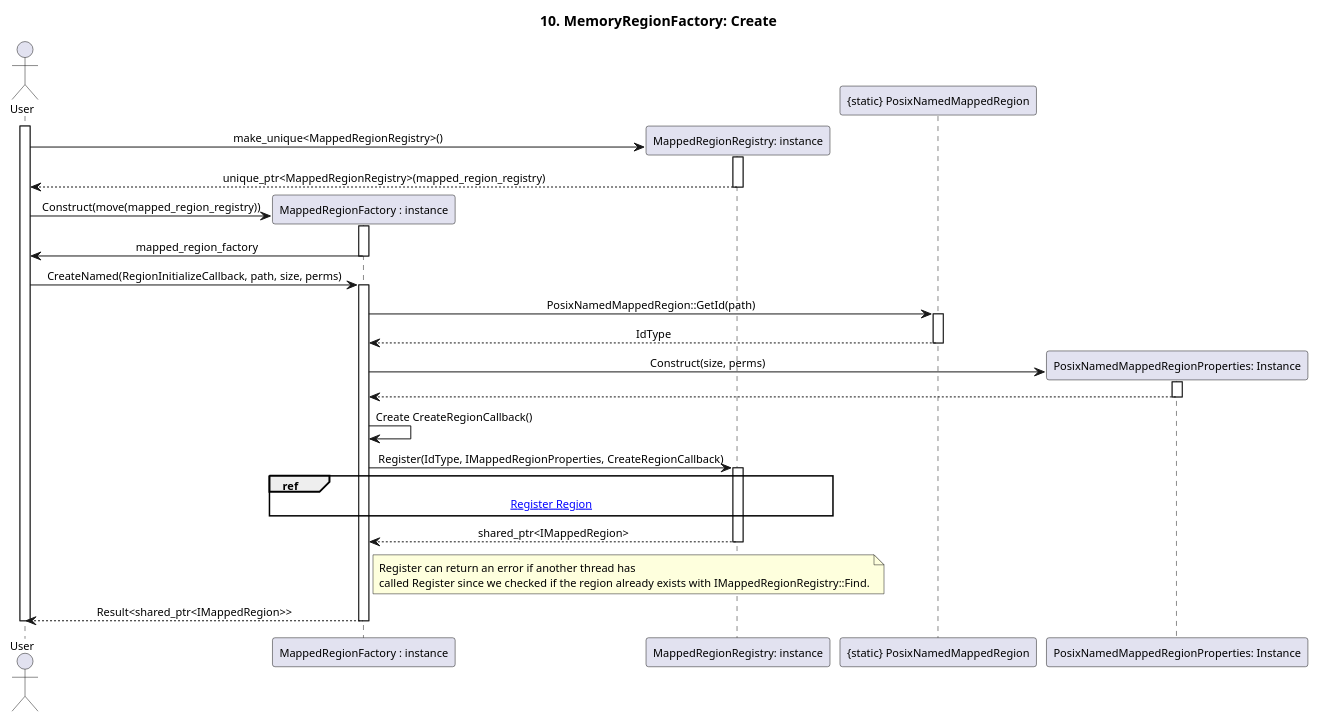
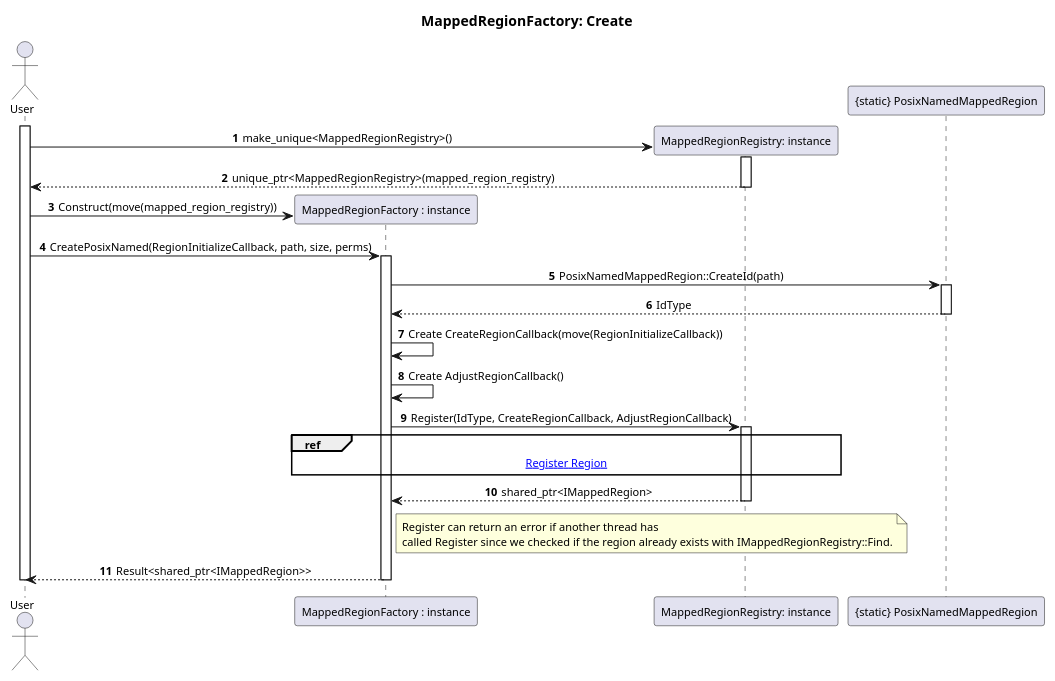
Before and after one commit to eclipse-score/communication: the diagram in score/memory/shared/design/redesign_proposal/assets/seq_10_mapped_region_factory_create.puml, drawn with PlantUML. The commit also changed 32 other files, not shown here.

Commit message:
Adapt sequences, class diagram and extended README.md

```diff
--- a/score/memory/shared/design/redesign_proposal/assets/seq_10_mapped_region_factory_create.puml
+++ b/score/memory/shared/design/redesign_proposal/assets/seq_10_mapped_region_factory_create.puml
@@ -1,77 +1,66 @@
 @startuml seq_10_mapped_region_factory_create
-title 10. MemoryRegionFactory: Create
+autonumber
+title MappedRegionFactory: Create
 skinparam defaultFontSize 11
 skinparam sequenceMessageAlign center
 
 actor "User" as User
 participant "MappedRegionFactory : instance" as mapped_region_factory
 participant "MappedRegionRegistry: instance" as mapped_region_registry
-' participant "IMappedRegionRegistry" as mapped_region_registry
 participant "{static} PosixNamedMappedRegion" as mapped_region
-participant "PosixNamedMappedRegionProperties: Instance" as posix_named_mapped_region_properties
 
 activate User
 
 Create mapped_region_registry
 User -> mapped_region_registry : make_unique<MappedRegionRegistry>()
 activate mapped_region_registry
 
 mapped_region_registry --> User : unique_ptr<MappedRegionRegistry>(mapped_region_registry)
 deactivate mapped_region_registry
 
 Create mapped_region_factory
 User -> mapped_region_factory : Construct(move(mapped_region_registry))
-activate mapped_region_factory
 
-mapped_region_factory -> User : mapped_region_factory
-deactivate mapped_region_factory
-
-User -> mapped_region_factory : CreateNamed(RegionInitializeCallback, path, size, perms)
+User -> mapped_region_factory : CreatePosixNamed(RegionInitializeCallback, path, size, perms)
 activate mapped_region_factory
 
 ' mapped_region_factory -> mapped_region : make_shared<IMappedRegion>(file_descriptor, size, perms)
 ' activate mapped_region
 
 ' mapped_region --> mapped_region_factory : shared_ptr<IMappedRegion>
 ' deactivate mapped_region
 
-mapped_region_factory -> mapped_region : PosixNamedMappedRegion::GetId(path)
+mapped_region_factory -> mapped_region : PosixNamedMappedRegion::CreateId(path)
 activate mapped_region
 
 mapped_region --> mapped_region_factory : IdType
 deactivate mapped_region
 
-Create posix_named_mapped_region_properties
-mapped_region_factory -> posix_named_mapped_region_properties : Construct(size, perms)
-activate posix_named_mapped_region_properties
+mapped_region_factory -> mapped_region_factory : Create CreateRegionCallback(move(RegionInitializeCallback))
+mapped_region_factory -> mapped_region_factory : Create AdjustRegionCallback()
 
-posix_named_mapped_region_properties --> mapped_region_factory
-deactivate posix_named_mapped_region_properties
-
-mapped_region_factory -> mapped_region_factory : Create CreateRegionCallback()
-
-mapped_region_factory -> mapped_region_registry : Register(IdType, IMappedRegionProperties, CreateRegionCallback) 
+mapped_region_factory -> mapped_region_registry : Register(IdType, CreateRegionCallback, AdjustRegionCallback)
 activate mapped_region_registry
 
 ref over mapped_region_factory, mapped_region_registry
     [[./seq_13_regular_mapped_region_registry_register.puml Register Region]]
 end ref
     mapped_region_registry --> mapped_region_factory : shared_ptr<IMappedRegion>
     deactivate mapped_region_registry
 
 
 
     note right of mapped_region_factory
     Register can return an error if another thread has 
     called Register since we checked if the region already exists with IMappedRegionRegistry::Find.
     end note
 
     mapped_region_factory --> User : Result<shared_ptr<IMappedRegion>>
 ' else IMappedRegion found
 '     mapped_region_factory --> User : Error<shared_ptr<IMappedRegion>>
 ' end
     
 deactivate mapped_region_factory
 deactivate User
 
 @enduml
```
